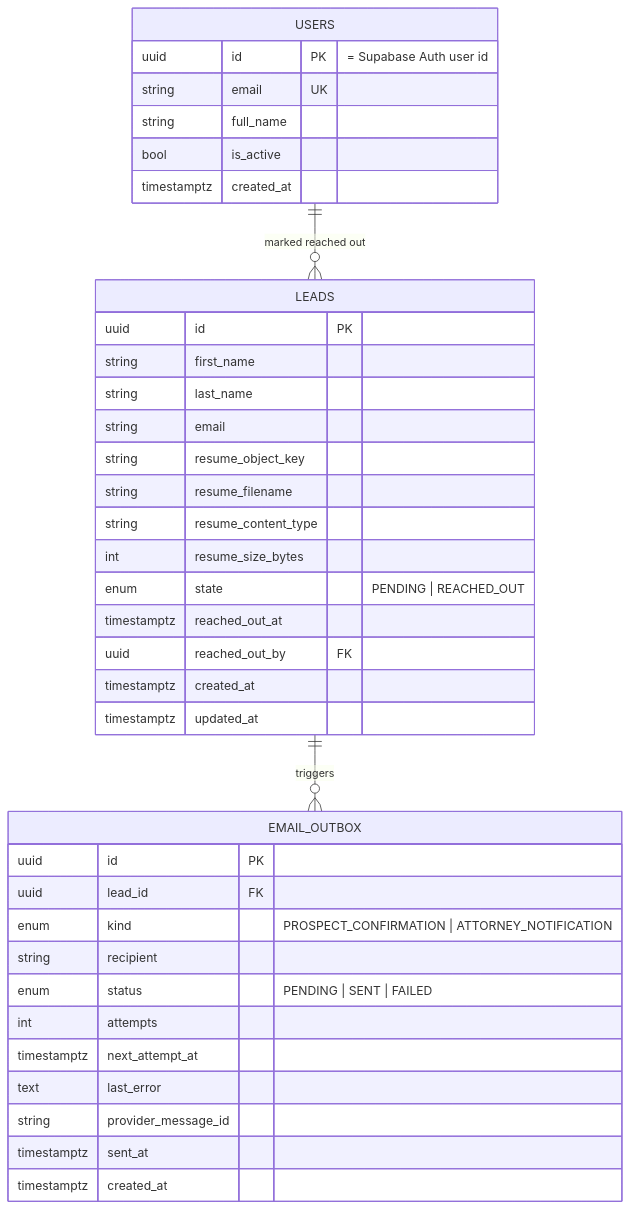
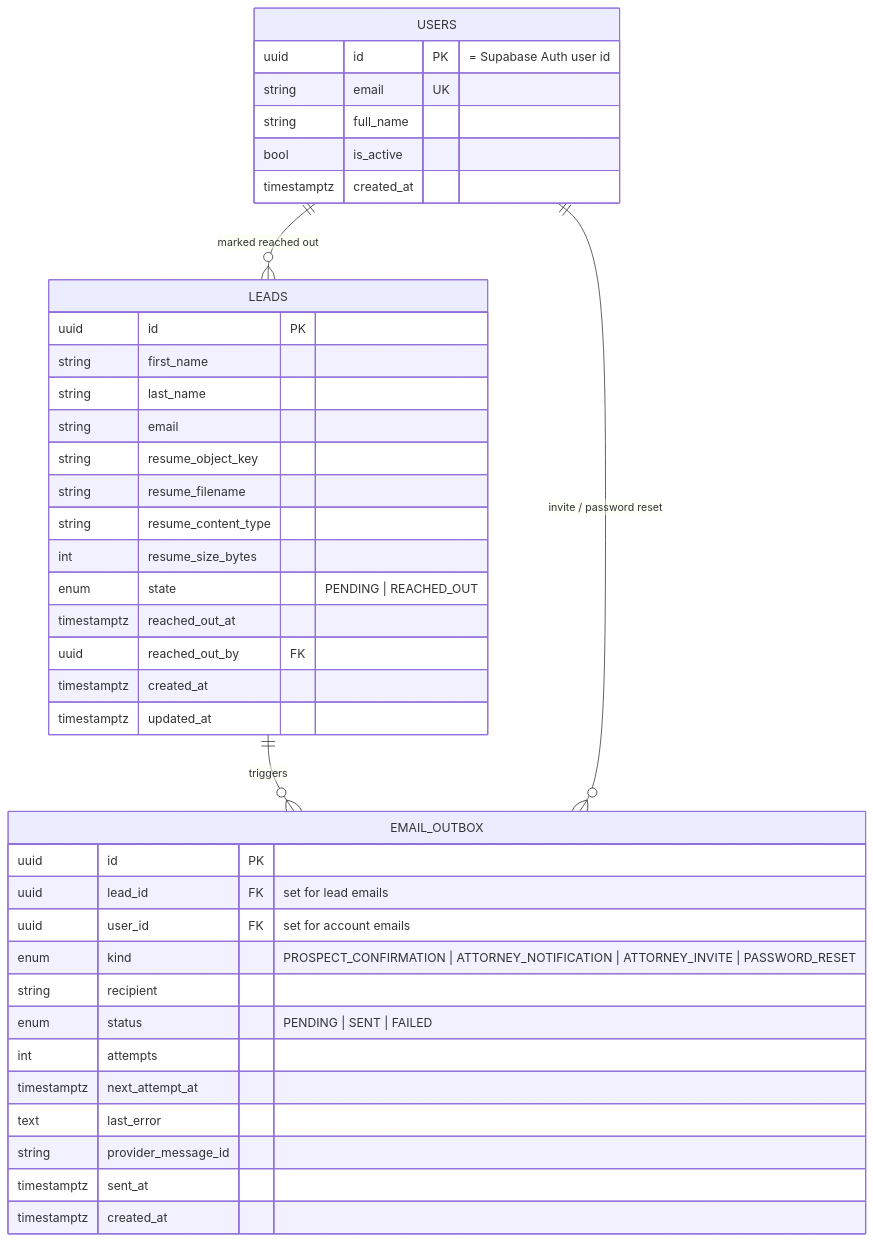
Before and after one commit to gilito345/alma-leads-app: the second of 3 diagrams in docs/DESIGN.md, drawn with Mermaid. The commit also changed other lines of this file and 44 other files, not shown here.

First line of the commit message:
Replace sign-up with email invites and add password reset

````diff
--- a/docs/DESIGN.md
+++ b/docs/DESIGN.md
@@ -68,41 +68,43 @@
 ```mermaid
 erDiagram
     USERS ||--o{ LEADS : "marked reached out"
     LEADS ||--o{ EMAIL_OUTBOX : "triggers"
+    USERS ||--o{ EMAIL_OUTBOX : "invite / password reset"
 
     USERS {
         uuid id PK "= Supabase Auth user id"
         string email UK
         string full_name
         bool is_active
         timestamptz created_at
     }
     LEADS {
         uuid id PK
         string first_name
         string last_name
         string email
         string resume_object_key
         string resume_filename
         string resume_content_type
         int resume_size_bytes
         enum state "PENDING | REACHED_OUT"
         timestamptz reached_out_at
         uuid reached_out_by FK
         timestamptz created_at
         timestamptz updated_at
     }
     EMAIL_OUTBOX {
         uuid id PK
-        uuid lead_id FK
-        enum kind "PROSPECT_CONFIRMATION | ATTORNEY_NOTIFICATION"
+        uuid lead_id FK "set for lead emails"
+        uuid user_id FK "set for account emails"
+        enum kind "PROSPECT_CONFIRMATION | ATTORNEY_NOTIFICATION | ATTORNEY_INVITE | PASSWORD_RESET"
         string recipient
         enum status "PENDING | SENT | FAILED"
         int attempts
         timestamptz next_attempt_at
         text last_error
         string provider_message_id
         timestamptz sent_at
         timestamptz created_at
     }
 ```
````
